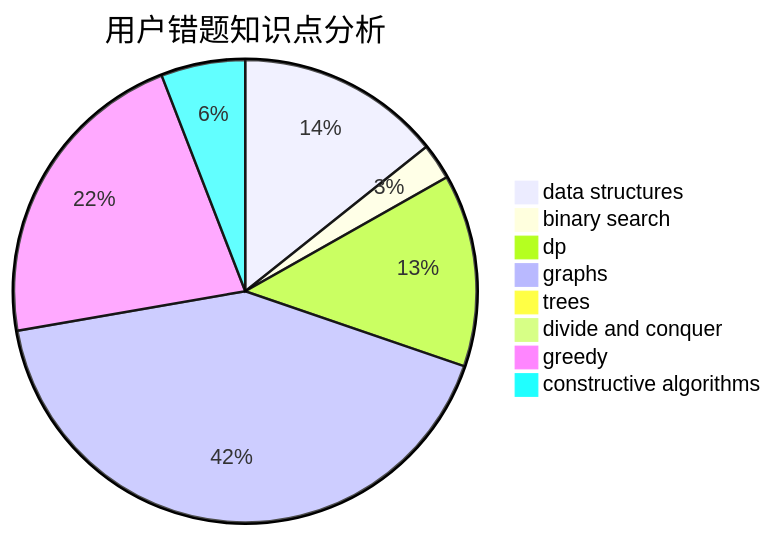
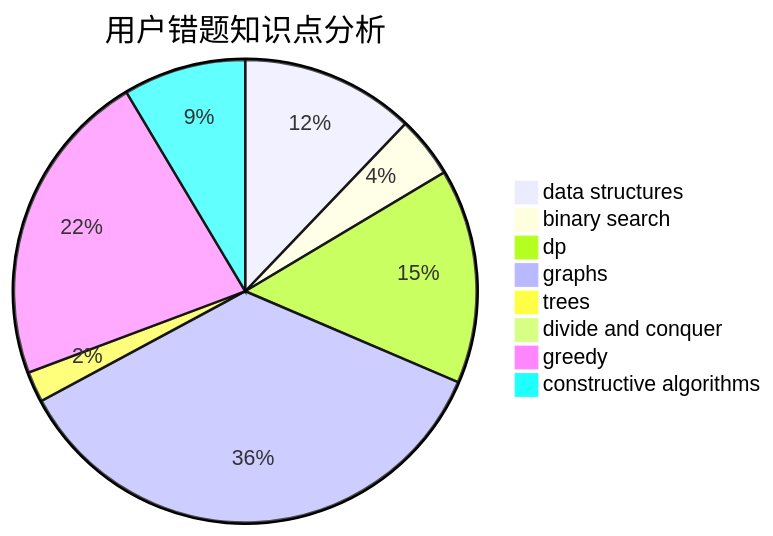
One commit to sherpahu/cfrs.github.io changed the third of 3 diagrams in docs/user/u2007.md. Above: the diagram before and after it, drawn with Mermaid. The commit also changed other lines of this file and 2770 other files, not shown here.

````diff
--- a/docs/user/u2007.md
+++ b/docs/user/u2007.md
@@ -36,11 +36,11 @@
 ```mermaid
 pie title 用户错题知识点分析
     "data structures" :  17
-    "binary search" :  3
-    "dp" :  16
+    "binary search" :  6
+    "dp" :  21
     "graphs" :  50
-    "trees" :  0
+    "trees" :  3
     "divide and conquer" :  0
-    "greedy" :  26
-    "constructive algorithms" :  7
+    "greedy" :  31
+    "constructive algorithms" :  12
 ```
````
